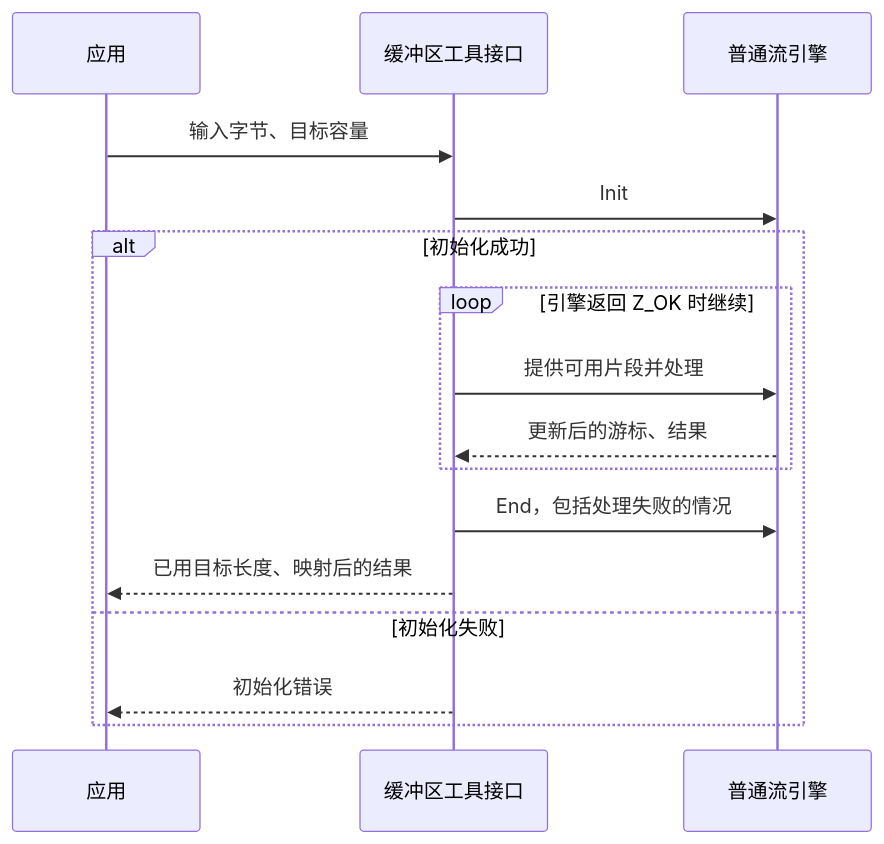
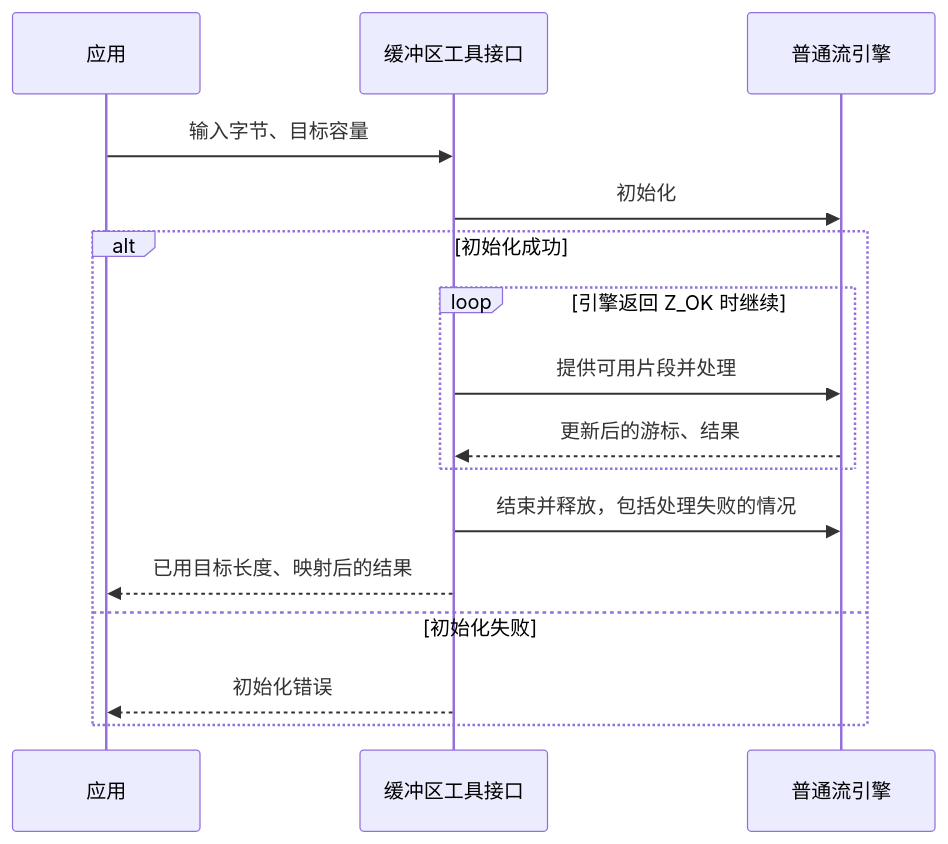
Before and after one commit to cla7aye15I4nd/zlib-f: the first of 4 diagrams in docs/guide/interfaces.zh.md, drawn with Mermaid. The commit also changed other lines of this file and 237 other files, not shown here.

````diff
--- a/docs/guide/interfaces.zh.md
+++ b/docs/guide/interfaces.zh.md
@@ -21,18 +23,18 @@
 ```mermaid
 sequenceDiagram
     participant A as 应用
     participant U as 缓冲区工具接口
     participant E as 普通流引擎
     A->>U: 输入字节、目标容量
-    U->>E: Init
+    U->>E: 初始化
     alt 初始化成功
         loop 引擎返回 Z_OK 时继续
             U->>E: 提供可用片段并处理
             E-->>U: 更新后的游标、结果
         end
-        U->>E: End，包括处理失败的情况
+        U->>E: 结束并释放，包括处理失败的情况
         U-->>A: 已用目标长度、映射后的结果
     else 初始化失败
         U-->>A: 初始化错误
     end
 ```
````
